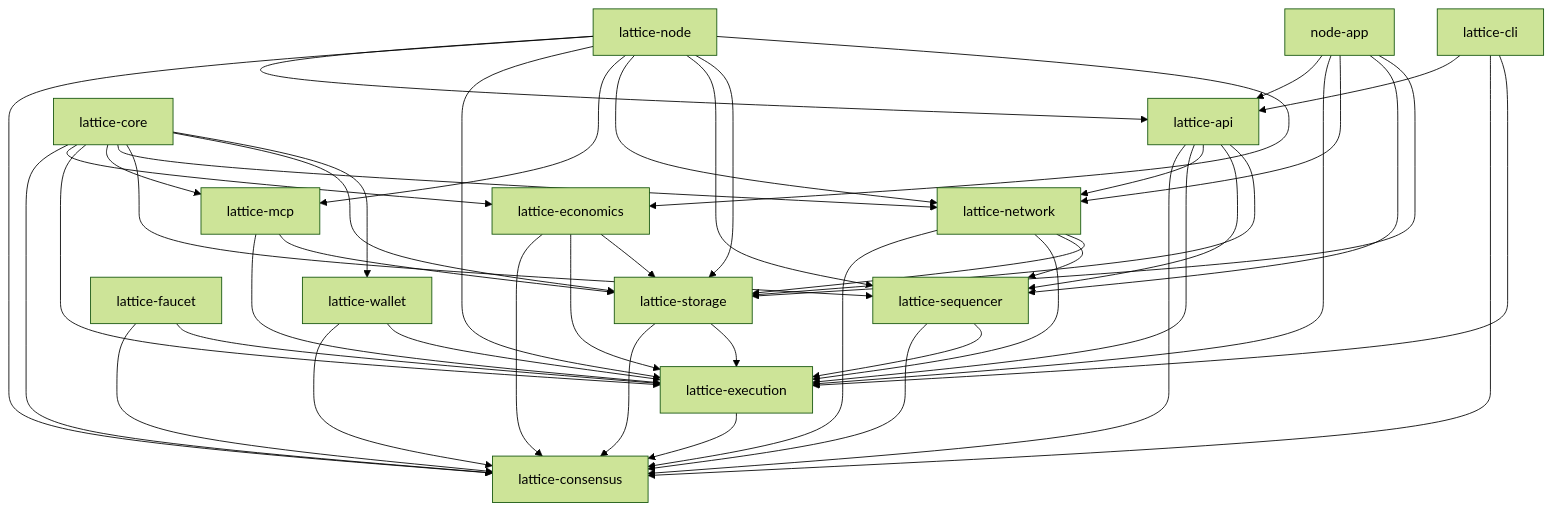
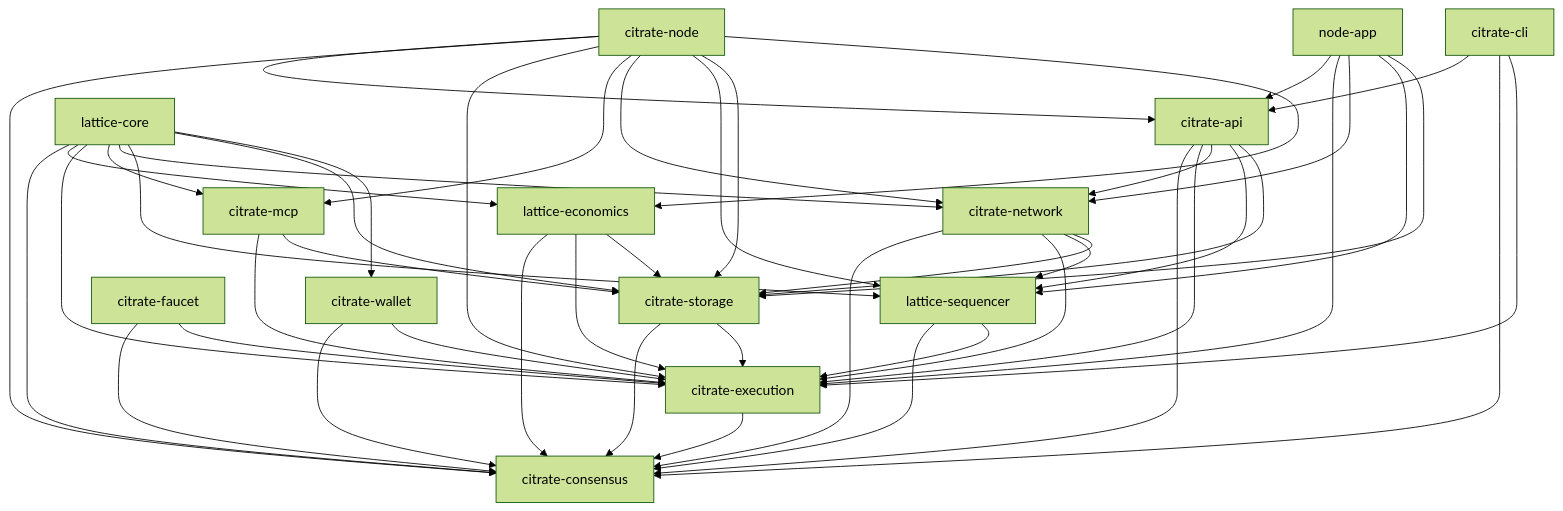
The second of 5 diagrams in README.md (SaulBuilds/citrate), drawn with Mermaid (forest theme) before and after one commit. The commit also changed other lines of this file and 1179 other files, not shown here.

First line of the commit message:
Complete rebrand: lattice → citrate

````diff
--- a/README.md
+++ b/README.md
@@ -145,64 +145,64 @@
 ```mermaid
 graph TD
-    LC[lattice-consensus]
-    LE[lattice-execution]
-    LS[lattice-storage]
-    LNw[lattice-network]
+    LC[citrate-consensus]
+    LE[citrate-execution]
+    LS[citrate-storage]
+    LNw[citrate-network]
     LSeq[lattice-sequencer]
-    LMCP[lattice-mcp]
+    LMCP[citrate-mcp]
     LEcon[lattice-economics]
-    LApi[lattice-api]
-    LNode[lattice-node]
-    CLI[lattice-cli]
+    LApi[citrate-api]
+    LNode[citrate-node]
+    CLI[citrate-cli]
     NodeApp[node-app]
-    LWallet[lattice-wallet]
-    LFaucet[lattice-faucet]
+    LWallet[citrate-wallet]
+    LFaucet[citrate-faucet]
     LCore[lattice-core]
     LMCP --> LE
     LMCP --> LS
     LE --> LC
     LS --> LC
     LS --> LE
     LSeq --> LC
     LSeq --> LE
     LNw --> LC
     LNw --> LE
     LNw --> LSeq
     LNw --> LS
     LApi --> LC
     LApi --> LE
     LApi --> LNw
     LApi --> LSeq
     LApi --> LS
     LEcon --> LC
     LEcon --> LE
     LEcon --> LS
     LNode --> LApi
     LNode --> LC
     LNode --> LE
     LNode --> LMCP
     LNode --> LNw
     LNode --> LSeq
     LNode --> LS
     LNode --> LEcon
     CLI --> LApi
     CLI --> LC
     CLI --> LE
     NodeApp --> LApi
     NodeApp --> LE
     NodeApp --> LNw
     NodeApp --> LSeq
     NodeApp --> LS
     LWallet --> LC
     LWallet --> LE
     LFaucet --> LC
     LFaucet --> LE
     LCore --> LC
     LCore --> LEcon
     LCore --> LE
     LCore --> LMCP
     LCore --> LNw
     LCore --> LSeq
     LCore --> LS
     LCore --> LWallet
 ```
````
